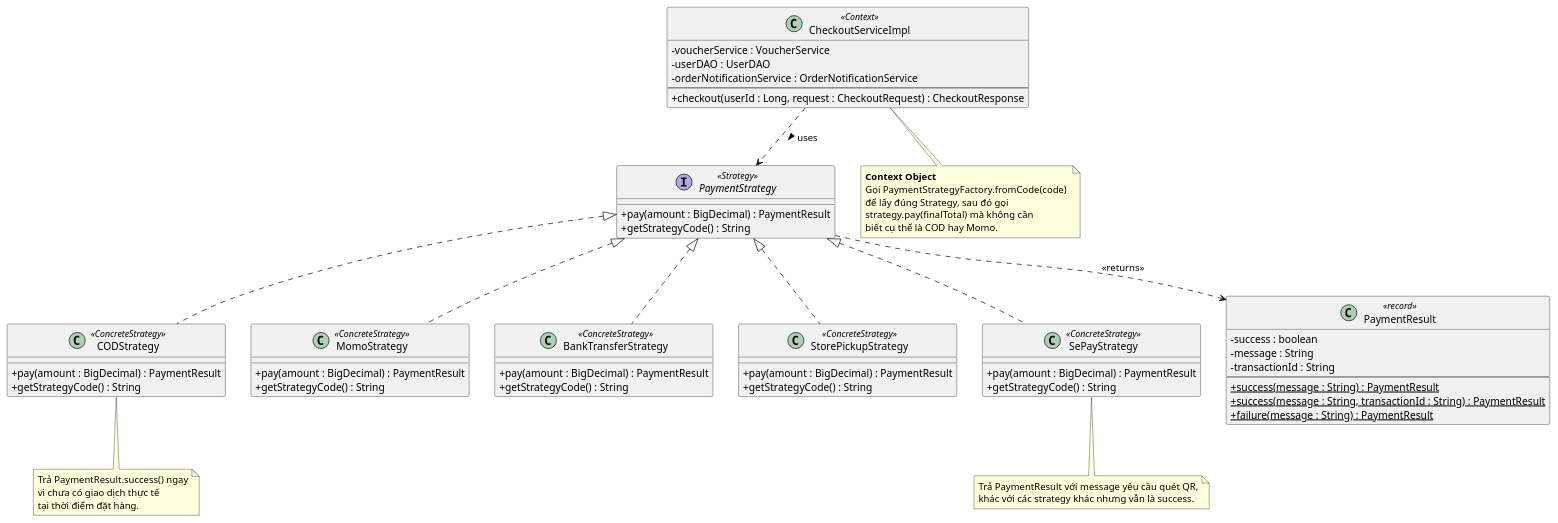
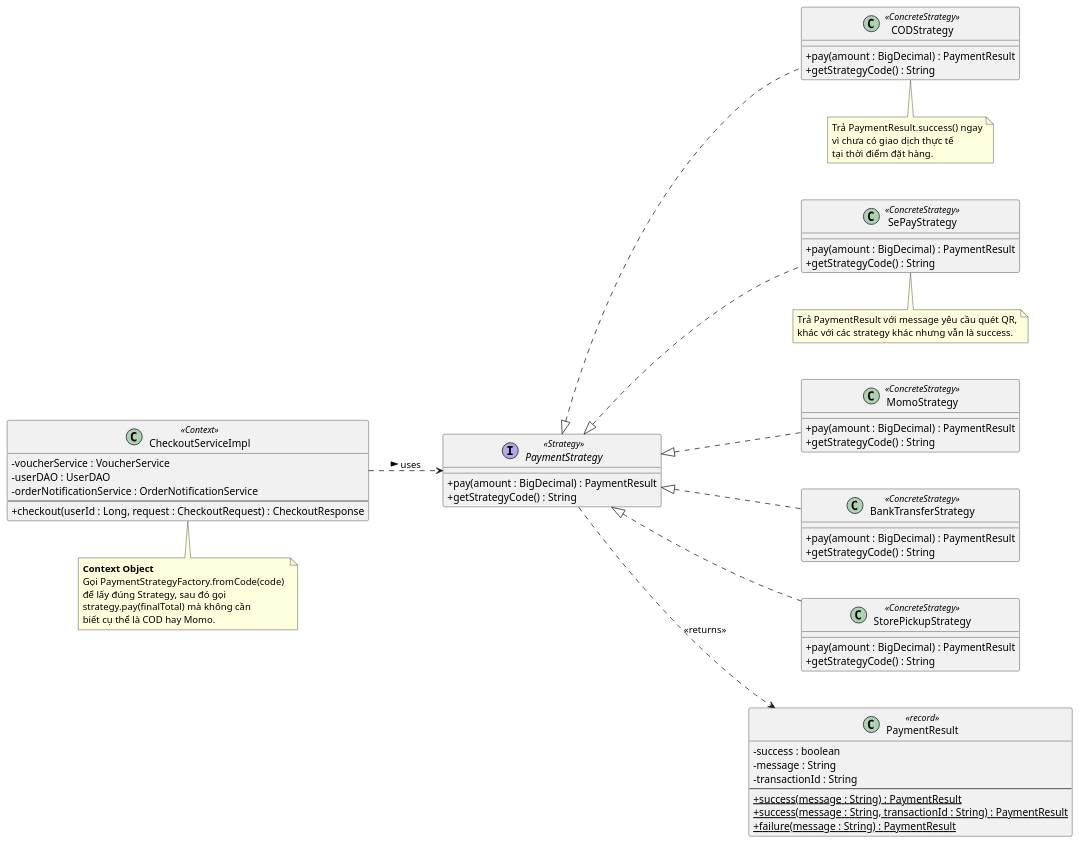
Before and after one commit to trihieuvo/justFUML: the diagram in src/Hieu_Pattern_Puml/strategy_payment.puml, drawn with PlantUML. The commit also changed 8 other files, not shown here.

First line of the commit message:
Add slide design guide and tidy PlantUML diagrams

```diff
--- a/src/Hieu_Pattern_Puml/strategy_payment.puml
+++ b/src/Hieu_Pattern_Puml/strategy_payment.puml
@@ -1,85 +1,88 @@
 @startuml
 skinparam ClassAttributeIconSize 0
+left to right direction
+skinparam ranksep 0
+skinparam nodesep 50
 
 ' --- Interface ---
 interface PaymentStrategy <<Strategy>> {
     + pay(amount : BigDecimal) : PaymentResult
     + getStrategyCode() : String
 }
 
 ' --- Concrete Strategies ---
 class CODStrategy <<ConcreteStrategy>> {
     + pay(amount : BigDecimal) : PaymentResult
     + getStrategyCode() : String
 }
 
 class MomoStrategy <<ConcreteStrategy>> {
     + pay(amount : BigDecimal) : PaymentResult
     + getStrategyCode() : String
 }
 
 class BankTransferStrategy <<ConcreteStrategy>> {
     + pay(amount : BigDecimal) : PaymentResult
     + getStrategyCode() : String
 }
 
 class StorePickupStrategy <<ConcreteStrategy>> {
     + pay(amount : BigDecimal) : PaymentResult
     + getStrategyCode() : String
 }
 
 class SePayStrategy <<ConcreteStrategy>> {
     + pay(amount : BigDecimal) : PaymentResult
     + getStrategyCode() : String
 }
 
 ' --- Context ---
 class CheckoutServiceImpl <<Context>> {
     - voucherService : VoucherService
     - userDAO : UserDAO
     - orderNotificationService : OrderNotificationService
     --
     + checkout(userId : Long, request : CheckoutRequest) : CheckoutResponse
 }
 
 ' --- Result ---
 class PaymentResult <<record>> {
   - success : boolean
   - message : String
   - transactionId : String
   --
   + {static} success(message : String) : PaymentResult
   + {static} success(message : String, transactionId : String) : PaymentResult
   + {static} failure(message : String) : PaymentResult
 }
 
 ' --- Relationships ---
 PaymentStrategy <|.. CODStrategy
 PaymentStrategy <|.. MomoStrategy
 PaymentStrategy <|.. BankTransferStrategy
 PaymentStrategy <|.. StorePickupStrategy
 PaymentStrategy <|.. SePayStrategy
 CheckoutServiceImpl ..> PaymentStrategy : "uses >"
 PaymentStrategy ..> PaymentResult : "<<returns>>"
 
 ' --- Notes ---
 note bottom of CheckoutServiceImpl
   **Context Object**
   Gọi PaymentStrategyFactory.fromCode(code) 
   để lấy đúng Strategy, sau đó gọi
   strategy.pay(finalTotal) mà không cần 
   biết cụ thể là COD hay Momo.
 end note
 
 note bottom of CODStrategy
   Trả PaymentResult.success() ngay
   vì chưa có giao dịch thực tế 
   tại thời điểm đặt hàng.
 end note
 
 note bottom of SePayStrategy
   Trả PaymentResult với message yêu cầu quét QR,
   khác với các strategy khác nhưng vẫn là success.
 end note
 
 @enduml
```
